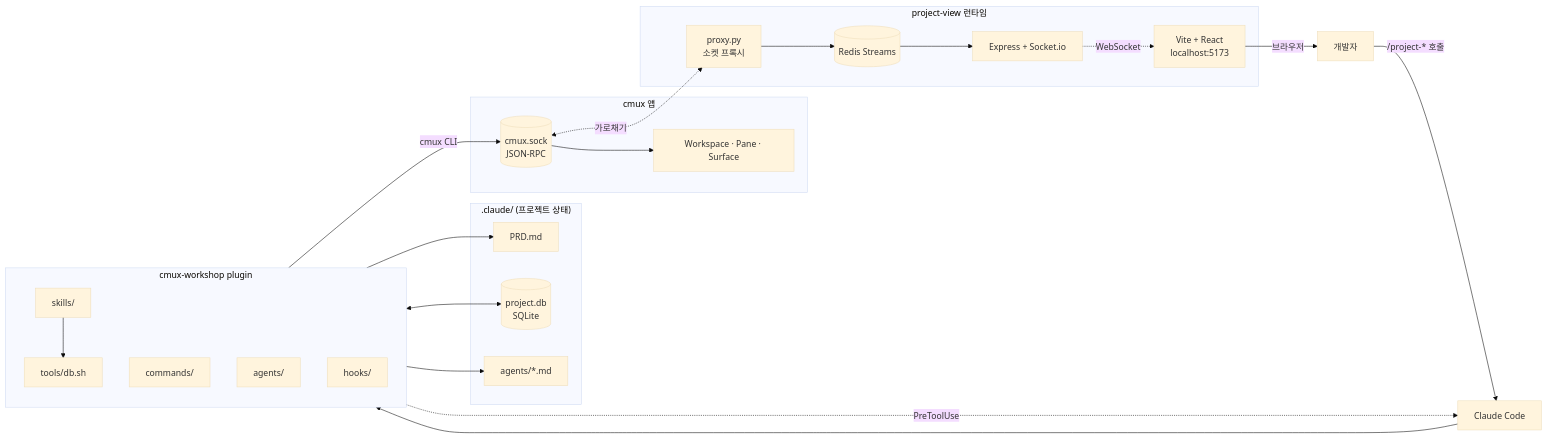
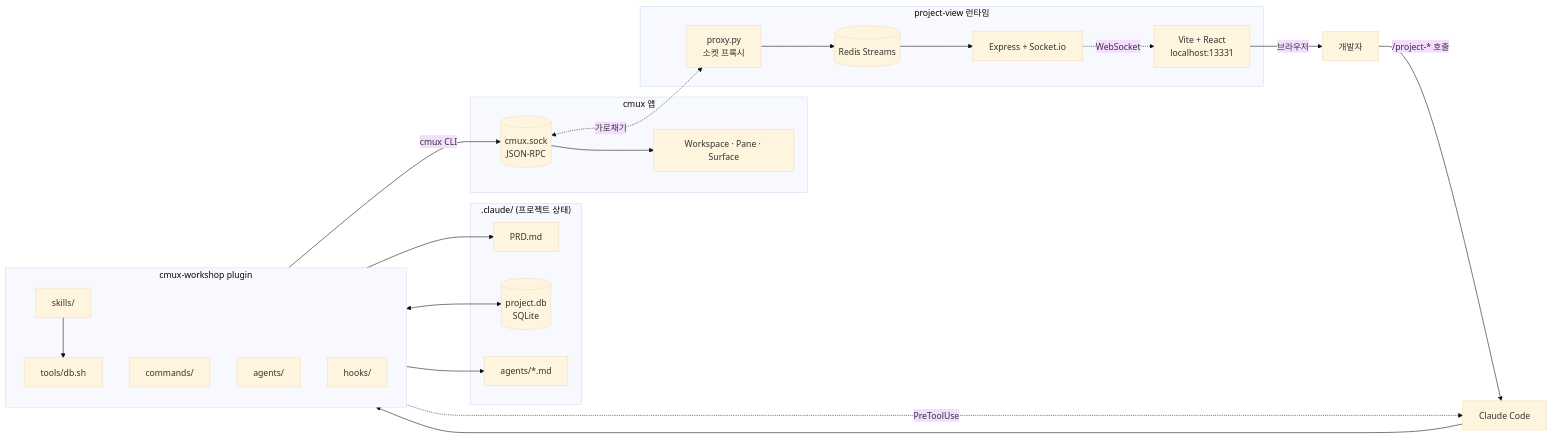
Before and after one commit to merong/cmux-workshop: the third of 10 diagrams in README-ko.md, drawn with Mermaid (base theme). The commit also changed other lines of this file and 15 other files, not shown here.

````diff
--- a/README-ko.md
+++ b/README-ko.md
@@ -167,49 +167,49 @@
 ```mermaid
 flowchart LR
     User[개발자]
     ClaudeCode[Claude Code]
 
     subgraph Plugin["cmux-workshop plugin"]
         direction TB
         Skills[skills/]
         Commands[commands/]
         Agents[agents/]
         Hooks[hooks/]
         Tools[tools/db.sh]
     end
 
     subgraph State[".claude/ (프로젝트 상태)"]
         PRD[PRD.md]
         DB[(project.db<br/>SQLite)]
         AgentFiles[agents/*.md]
     end
 
     subgraph cmuxApp["cmux 앱"]
         Sock[(cmux.sock<br/>JSON-RPC)]
         Panes[Workspace · Pane · Surface]
     end
 
     subgraph Monitor["project-view 런타임"]
         Proxy[proxy.py<br/>소켓 프록시]
         Redis[(Redis Streams)]
         WebSrv[Express + Socket.io]
-        UI[Vite + React<br/>localhost:5173]
+        UI[Vite + React<br/>localhost:13331]
     end
 
     User -->|"/project-* 호출"| ClaudeCode
     ClaudeCode --> Skills
     Skills --> Tools
     Tools <--> DB
     Skills --> PRD
     Skills --> AgentFiles
     Skills -->|"cmux CLI"| Sock
     Sock --> Panes
 
     Sock <-.가로채기.-> Proxy
     Proxy --> Redis
     Redis --> WebSrv
     WebSrv -.WebSocket.-> UI
     UI -->|"브라우저"| User
 
     Hooks -.PreToolUse.-> ClaudeCode
 ```
````
